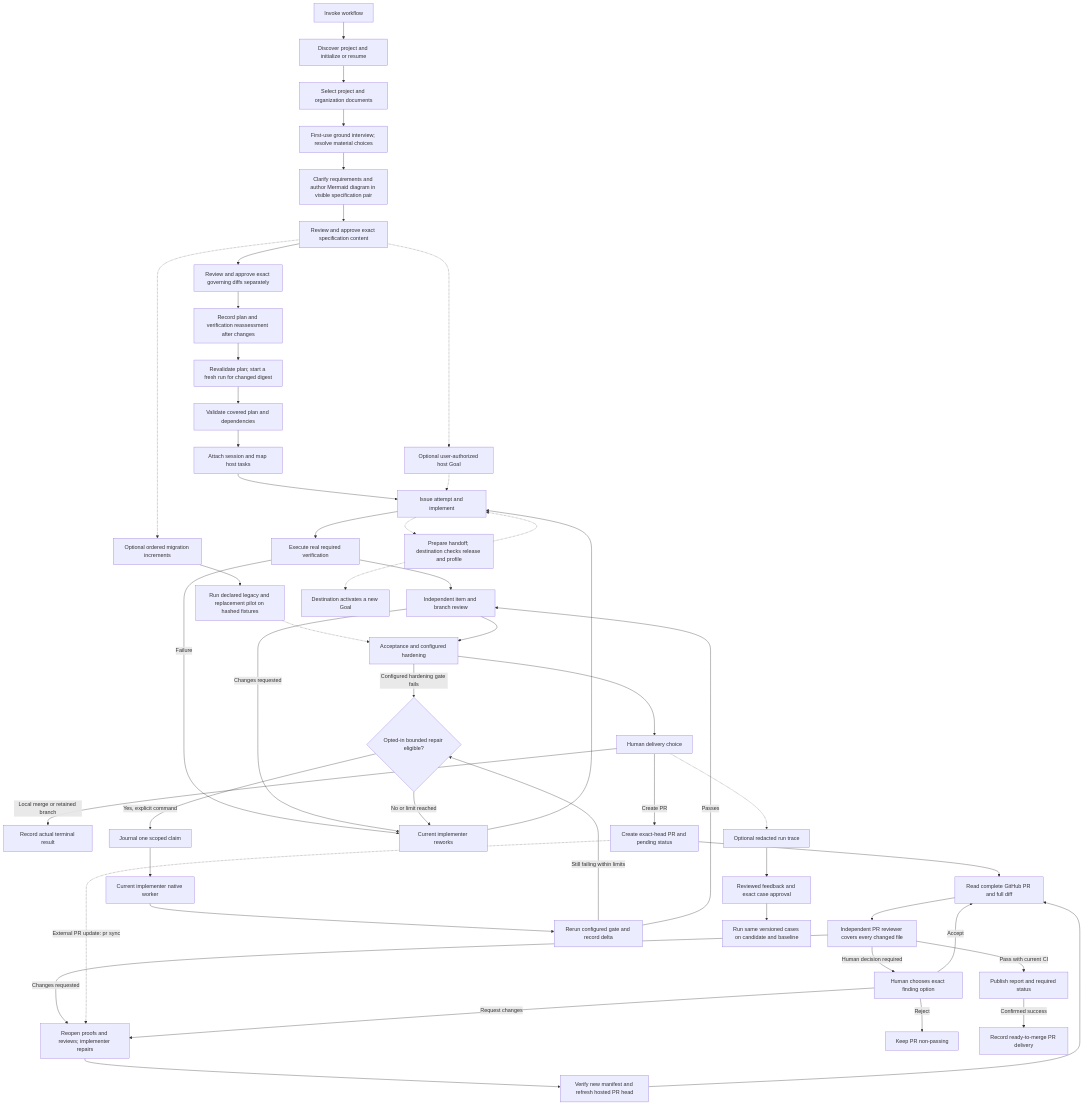
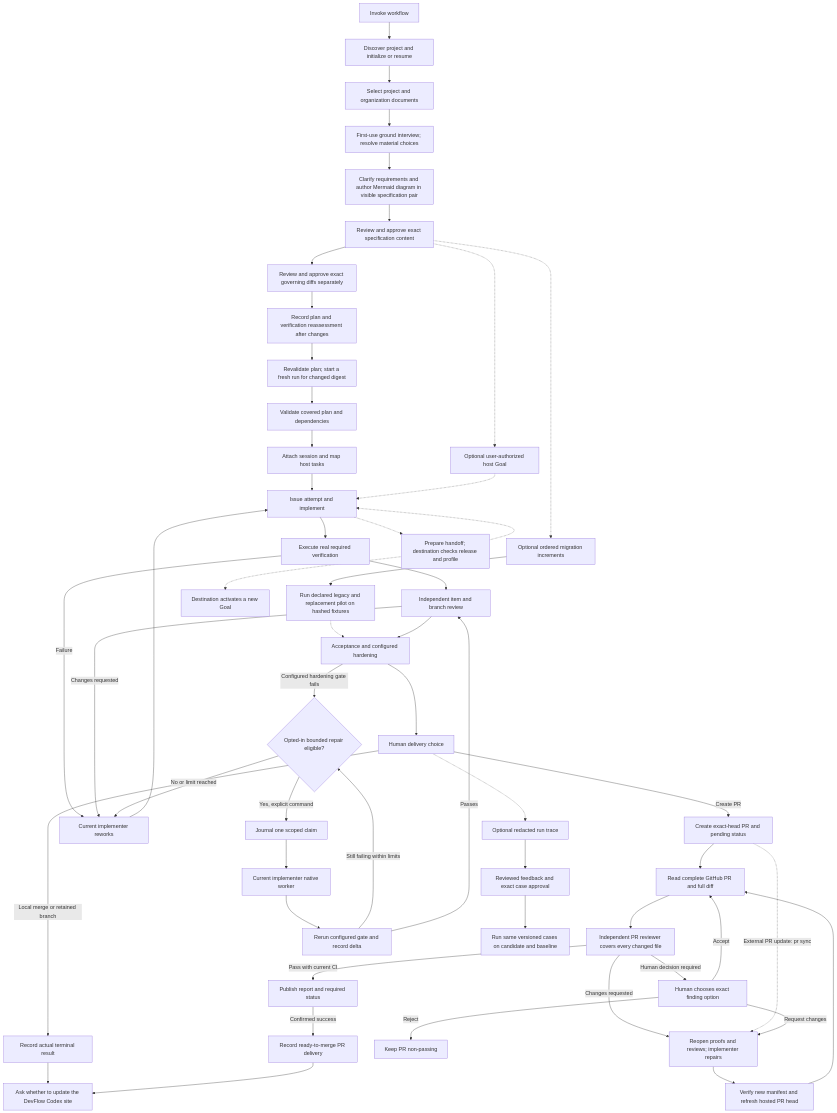
Before and after one commit to wgentil/devflow: the first of 2 diagrams in docs/setup-and-usage.md, drawn with Mermaid. The commit also changed other lines of this file and 5 other files, not shown here.

Commit message:
Prompt for Codex site update after DevFlow delivery

````diff
--- a/docs/setup-and-usage.md
+++ b/docs/setup-and-usage.md
@@ -95,53 +95,55 @@
 ```mermaid
 flowchart TD
     Invoke[Invoke workflow] --> Init[Discover project and initialize or resume]
     Init --> Docs[Select project and organization documents]
     Docs --> Ground[First-use ground interview; resolve material choices]
     Ground --> Spec[Clarify requirements and author Mermaid diagram in visible specification pair]
     Spec --> SpecApprove[Review and approve exact specification content]
     SpecApprove --> Policy[Review and approve exact governing diffs separately]
     Policy --> Impact[Record plan and verification reassessment after changes]
     Impact --> Fresh[Revalidate plan; start a fresh run for changed digest]
     Fresh --> Plan[Validate covered plan and dependencies]
     SpecApprove -.-> Migration[Optional ordered migration increments]
     Migration --> Pilot[Run declared legacy and replacement pilot on hashed fixtures]
     Pilot -.-> Accept
     Plan --> Attach[Attach session and map host tasks]
     Attach --> Work[Issue attempt and implement]
     Work --> Proof[Execute real required verification]
     Proof --> Review[Independent item and branch review]
     Review --> Accept[Acceptance and configured hardening]
     Accept --> Deliver[Human delivery choice]
     Deliver -->|Local merge or retained branch| DirectResult[Record actual terminal result]
     Deliver -->|Create PR| PendingPR[Create exact-head PR and pending status]
     PendingPR --> PRPackage[Read complete GitHub PR and full diff]
     PRPackage --> PRReview[Independent PR reviewer covers every changed file]
     PRReview -->|Changes requested| PRRework[Reopen proofs and reviews; implementer repairs]
     PRRework --> PRRefresh[Verify new manifest and refresh hosted PR head]
     PRRefresh --> PRPackage
     PendingPR -.->|External PR update: pr sync| PRRework
     PRReview -->|Human decision required| HumanPR[Human chooses exact finding option]
     HumanPR -->|Accept| PRPackage
     HumanPR -->|Request changes| PRRework
     HumanPR -->|Reject| PRBlocked[Keep PR non-passing]
     PRReview -->|Pass with current CI| PRStatus[Publish report and required status]
     PRStatus -->|Confirmed success| PRDelivered[Record ready-to-merge PR delivery]
+    DirectResult --> SitePrompt[Ask whether to update the DevFlow Codex site]
+    PRDelivered --> SitePrompt
     Proof -->|Failure| Fix[Current implementer reworks]
     Review -->|Changes requested| Fix
     Accept -->|Configured hardening gate fails| Repair{Opted-in bounded repair eligible?}
     Repair -->|Yes, explicit command| Claim[Journal one scoped claim]
     Claim --> Worker[Current implementer native worker]
     Worker --> Recheck[Rerun configured gate and record delta]
     Recheck -->|Still failing within limits| Repair
     Recheck -->|Passes| Review
     Repair -->|No or limit reached| Fix
     Fix --> Work
     Work -.-> Transfer[Prepare handoff; destination checks release and profile]
     Transfer -.-> Work
     SpecApprove -.-> Goal[Optional user-authorized host Goal]
     Goal -.-> Work
     Transfer -.-> NewGoal[Destination activates a new Goal]
     Deliver -.-> Trace[Optional redacted run trace]
     Trace --> Feedback[Reviewed feedback and exact case approval]
     Feedback --> Eval[Run same versioned cases on candidate and baseline]
 ```
````
